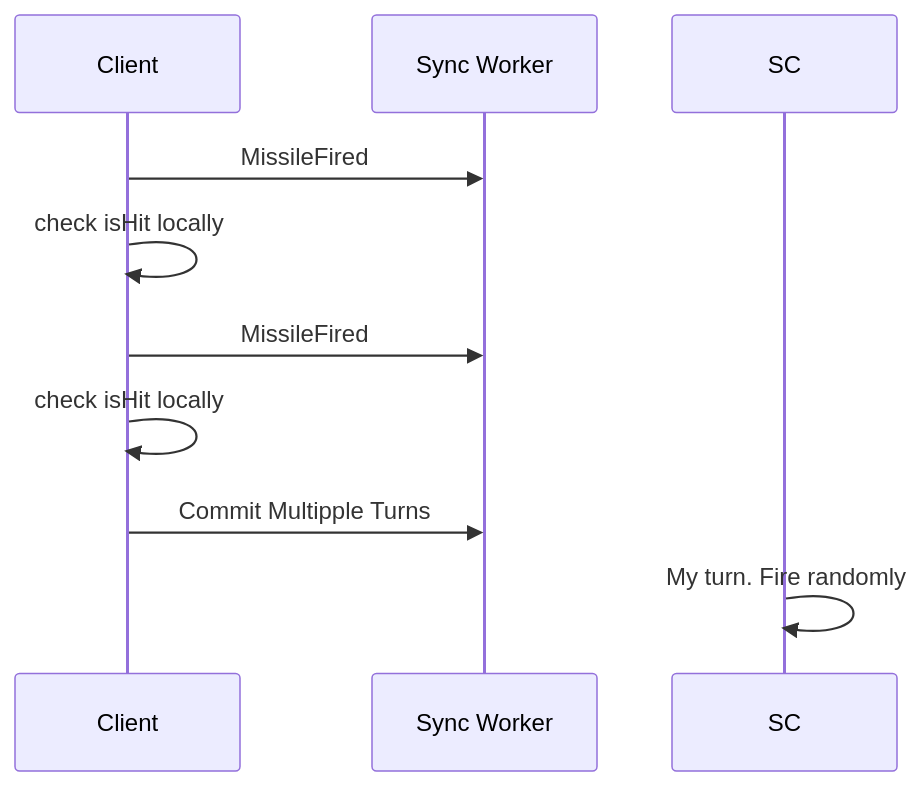
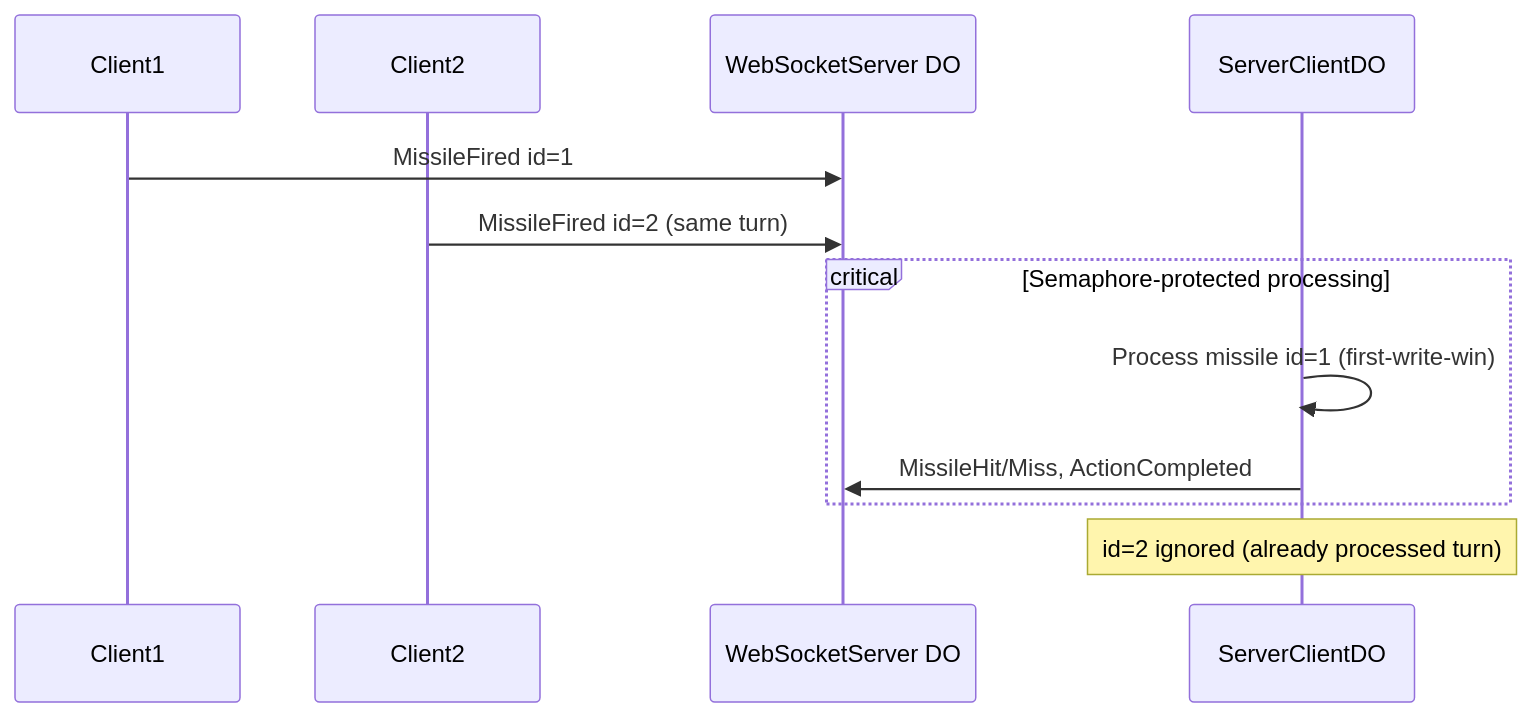
The second of 2 diagrams in README.md (OpenHackersClub/battleship), drawn with Mermaid before and after one commit. The commit also changed other lines of this file, not shown here.

````diff
--- a/README.md
+++ b/README.md
@@ -112,15 +88,17 @@
 ```mermaid
+sequenceDiagram
+    participant C1 as Client1
+    participant C2 as Client2
+    participant WS as WebSocketServer DO
+    participant SC as ServerClientDO
 
-sequenceDiagram
+    C1->>WS: MissileFired id=1
+    C2->>WS: MissileFired id=2 (same turn)
 
-participant C1 as Client
-participant SY as Sync Worker
+    critical Semaphore-protected processing
+        SC->>SC: Process missile id=1 (first-write-win)
+        SC->>WS: MissileHit/Miss, ActionCompleted
+    end
 
-
-C1->>SY: MissileFired
-C1->>C1: check isHit locally
-C1->>SY: MissileFired
-C1->>C1: check isHit locally
-C1->>SY: Commit Multipple Turns
-SC->>SC: My turn. Fire randomly
+    Note over SC: id=2 ignored (already processed turn)
 ```
````
